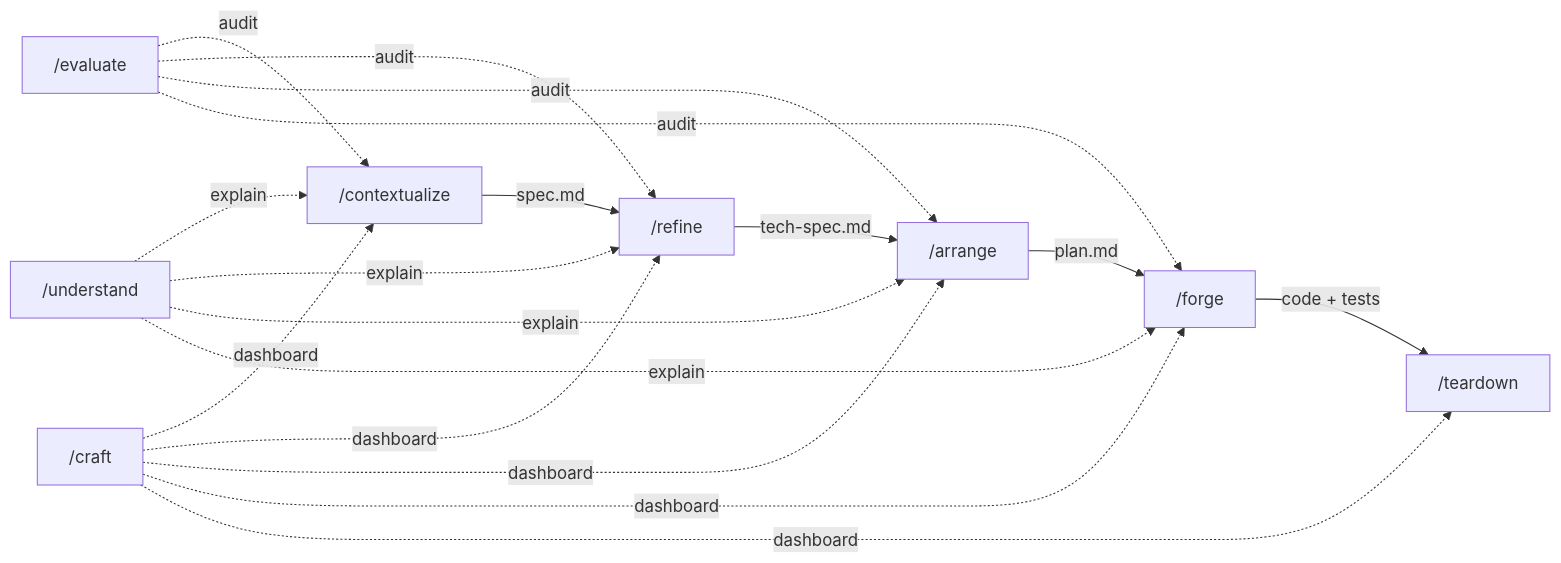
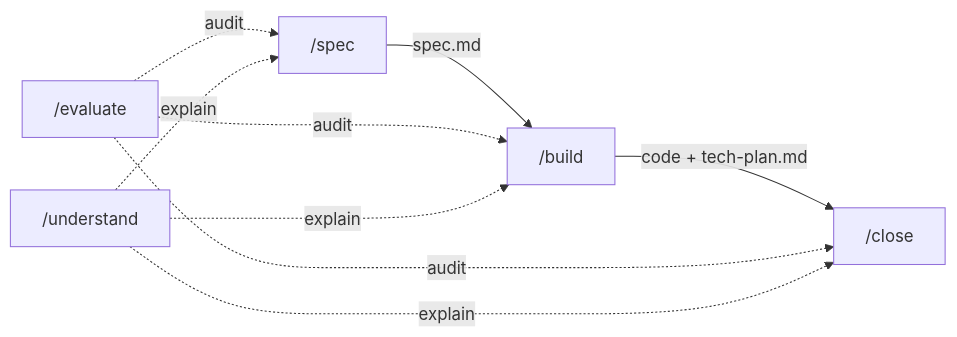
The second of 3 diagrams in README.md (juanwmedia/craft), drawn with Mermaid before and after one commit. The commit also changed other lines of this file and 8 other files, not shown here.

First line of the commit message:
Migrate to Craft v2: spec, build, close replace 5-skill pipeline

````diff
--- a/README.md
+++ b/README.md
@@ -27,23 +25,13 @@
 ```mermaid
 graph LR
-    C["/contextualize"] -->|spec.md| R["/refine"]
-    R -->|tech-spec.md| A["/arrange"]
-    A -->|plan.md| F["/forge"]
-    F -->|code + tests| T["/teardown"]
+    S["/spec"] -->|spec.md| B["/build"]
+    B -->|code + tech-plan.md| C["/close"]
 
-    E["/evaluate"] -.->|audit| C
-    E -.->|audit| R
-    E -.->|audit| A
-    E -.->|audit| F
+    E["/evaluate"] -.->|audit| S
+    E -.->|audit| B
+    E -.->|audit| C
 
-    U["/understand"] -.->|explain| C
-    U -.->|explain| R
-    U -.->|explain| A
-    U -.->|explain| F
-
-    D["/craft"] -.->|dashboard| C
-    D -.->|dashboard| R
-    D -.->|dashboard| A
-    D -.->|dashboard| F
-    D -.->|dashboard| T
+    U["/understand"] -.->|explain| S
+    U -.->|explain| B
+    U -.->|explain| C
 ```
````
